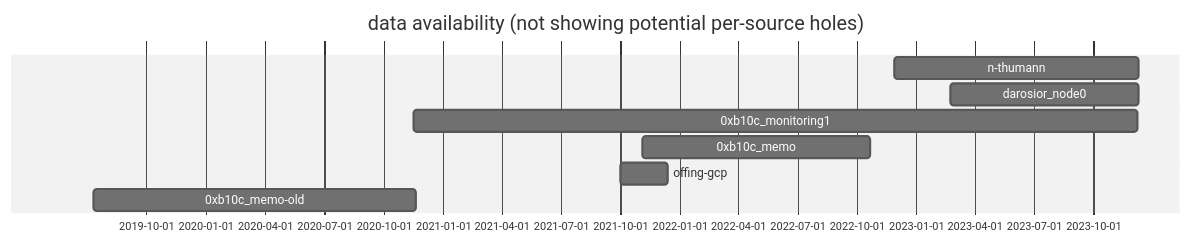
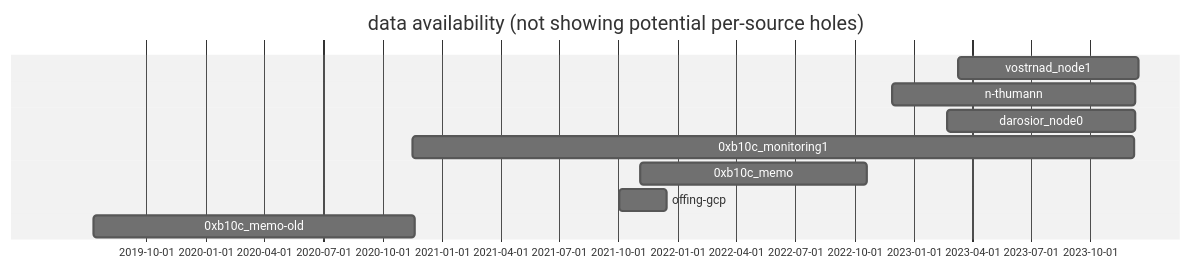
Before and after one commit to bitcoin-data/block-arrival-times: the diagram in README.md, drawn with Mermaid (neutral theme). The commit also changed 2 other files, not shown here.

Commit message:
add: 40107 block timestamps

````diff
--- a/README.md
+++ b/README.md
@@ -51,14 +51,15 @@
 ```mermaid
 gantt
 dateFormat x
 title data availability (not showing potential per-source holes)
 todayMarker off
 
+vostrnad_node1: 1678416045000, 1702535282000
 n-thumann: 1669583939000, 1702072477000
 darosior_node0: 1676970378000, 1702022714000
 0xb10c_monitoring1: 1605513978094, 1701968604513
 0xb10c_memo: 1635945250000, 1666268995000
 offing-gcp: 1633117022000, 1639414560000
 0xb10c_memo-old: 1562848974000, 1605772694000
 
 ```
````
